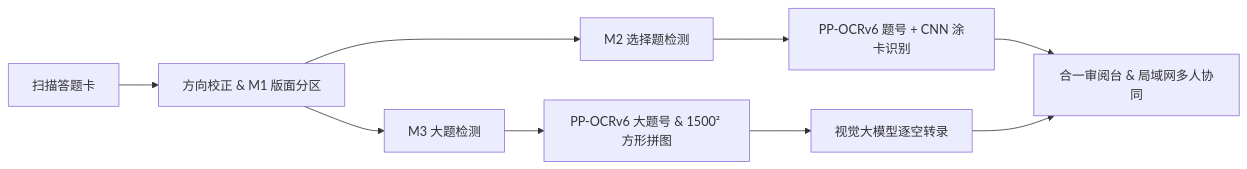
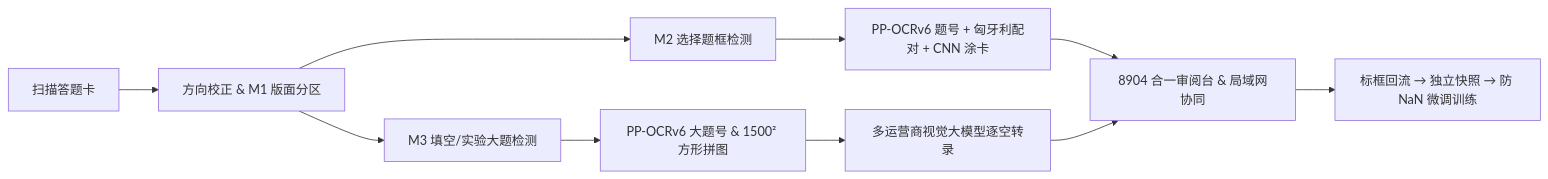
Before and after one commit to KJNSAIUDHWI/my_first_project: the diagram in README.md, drawn with Mermaid. The commit also changed other lines of this file and 11 other files, not shown here.

````diff
--- a/README.md
+++ b/README.md
@@ -68,11 +79,12 @@
 ```mermaid
 flowchart LR
     A[扫描答题卡] --> B[方向校正 & M1 版面分区]
-    B --> C[M2 选择题检测]
-    C --> D[PP-OCRv6 题号 + CNN 涂卡识别]
-    B --> E[M3 大题检测]
+    B --> C[M2 选择题框检测]
+    C --> D[PP-OCRv6 题号 + 匈牙利配对 + CNN 涂卡]
+    B --> E[M3 填空/实验大题检测]
     E --> F[PP-OCRv6 大题号 & 1500² 方形拼图]
-    F --> G[视觉大模型逐空转录]
-    D --> H[合一审阅台 & 局域网多人协同]
+    F --> G[多运营商视觉大模型逐空转录]
+    D --> H[8904 合一审阅台 & 局域网协同]
     G --> H
+    H --> I[标框回流 → 独立快照 → 防 NaN 微调训练]
 ```
````
